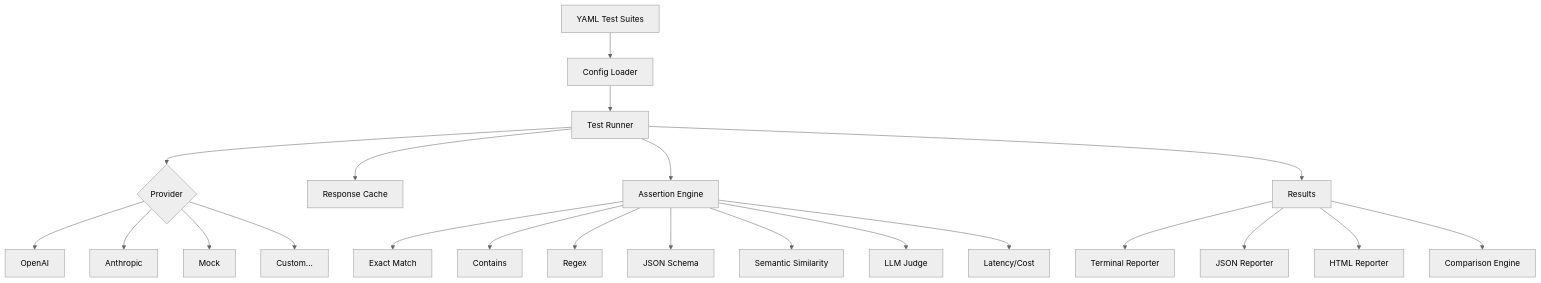
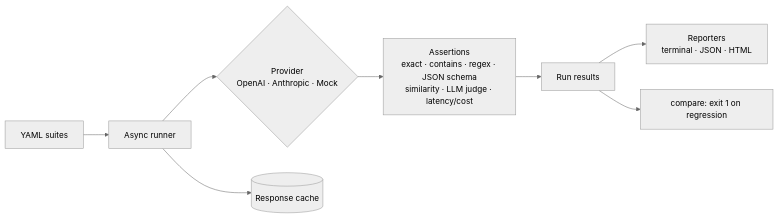
Before and after one commit to SmitHunter/llm-regress: the diagram in README.md, drawn with Mermaid (neutral theme). The commit also changed other lines of this file and 1 other file, not shown here.

````diff
--- a/README.md
+++ b/README.md
@@ -217,27 +256,10 @@
 ```mermaid
-graph TD
-    A[YAML Test Suites] --> B[Config Loader]
-    B --> C[Test Runner]
-    C --> D{Provider}
-    D --> E[OpenAI]
-    D --> F[Anthropic]
-    D --> G[Mock]
-    D --> H[Custom...]
-
-    C --> I[Response Cache]
-    C --> J[Assertion Engine]
-
-    J --> K[Exact Match]
-    J --> L[Contains]
-    J --> M[Regex]
-    J --> N[JSON Schema]
-    J --> O[Semantic Similarity]
-    J --> P[LLM Judge]
-    J --> Q[Latency/Cost]
-
-    C --> R[Results]
-    R --> S[Terminal Reporter]
-    R --> T[JSON Reporter]
-    R --> U[HTML Reporter]
-    R --> V[Comparison Engine]
+flowchart LR
+    Y[YAML suites] --> R[Async runner]
+    R --> P{Provider<br/>OpenAI · Anthropic · Mock}
+    R --> C[(Response cache)]
+    P --> A[Assertions<br/>exact · contains · regex · JSON schema<br/>similarity · LLM judge · latency/cost]
+    A --> Res[Run results]
+    Res --> Rep[Reporters<br/>terminal · JSON · HTML]
+    Res --> Cmp[compare: exit 1 on regression]
 ```
````
